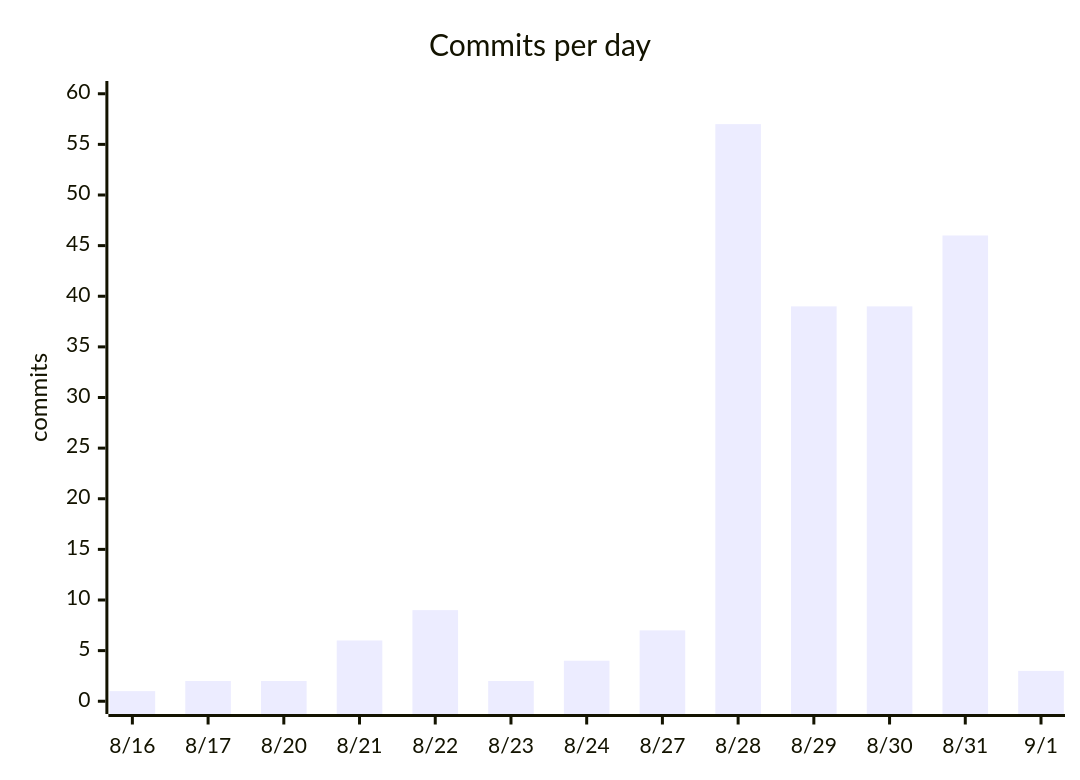
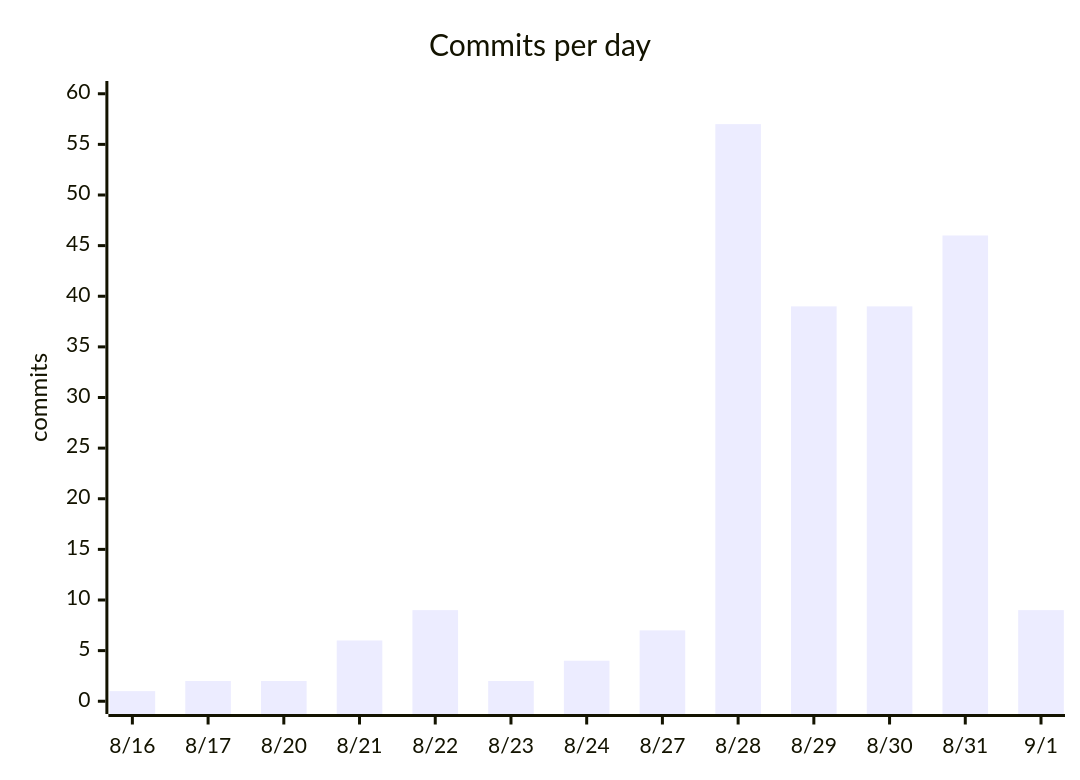
The second of 5 diagrams in docs/dev/agentic-development.md (jkdansereau/goldeneye-pc-port), drawn with Mermaid before and after one commit. The commit also changed other lines of this file and 31 other files, not shown here.

````diff
--- a/docs/dev/agentic-development.md
+++ b/docs/dev/agentic-development.md
@@ -106,7 +117,7 @@
 ```mermaid
 xychart-beta
     title "Commits per day"
     x-axis ["8/16", "8/17", "8/20", "8/21", "8/22", "8/23", "8/24", "8/27", "8/28", "8/29", "8/30", "8/31", "9/1"]
     y-axis "commits" 0 --> 60
-    bar [1, 2, 2, 6, 9, 2, 4, 7, 57, 39, 39, 46, 3]
+    bar [1, 2, 2, 6, 9, 2, 4, 7, 57, 39, 39, 46, 9]
 ```
````
